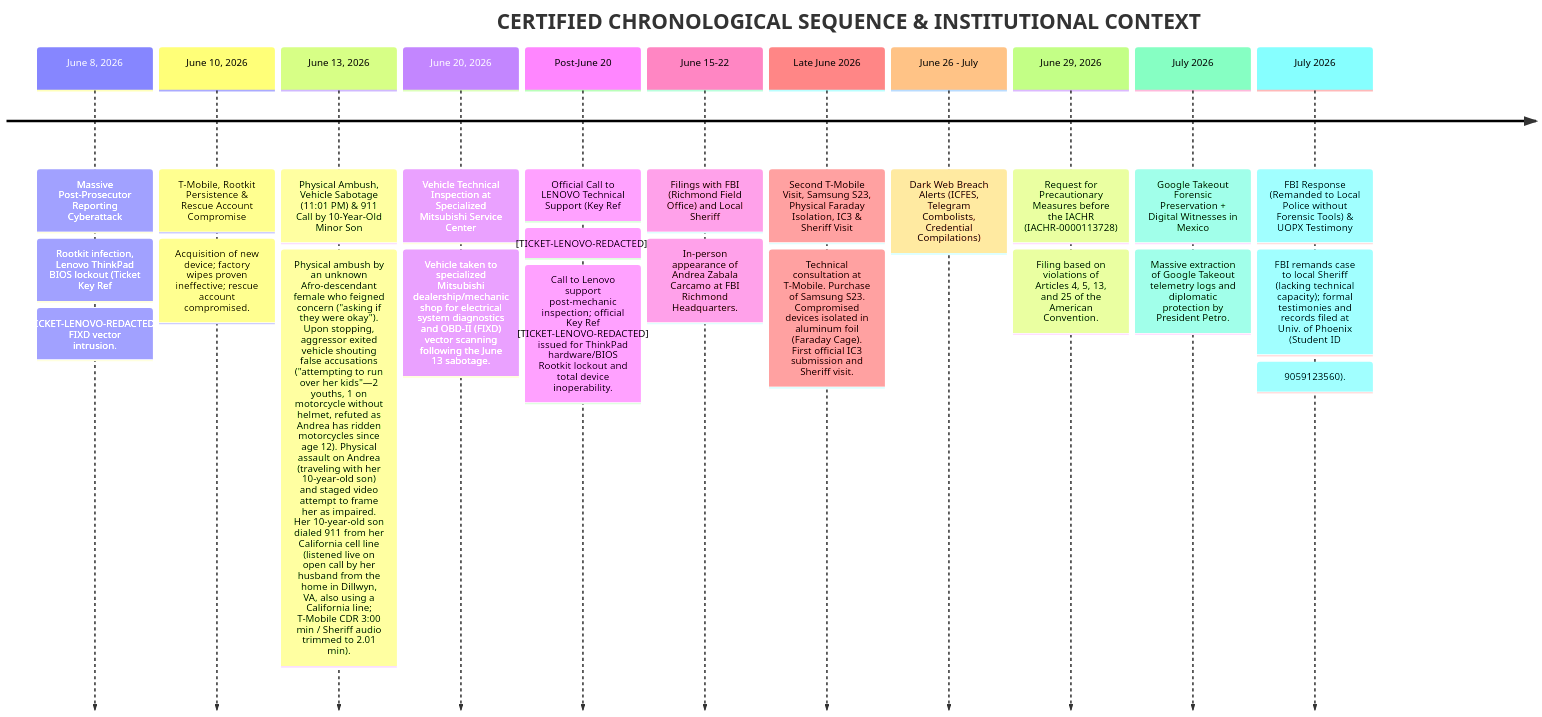
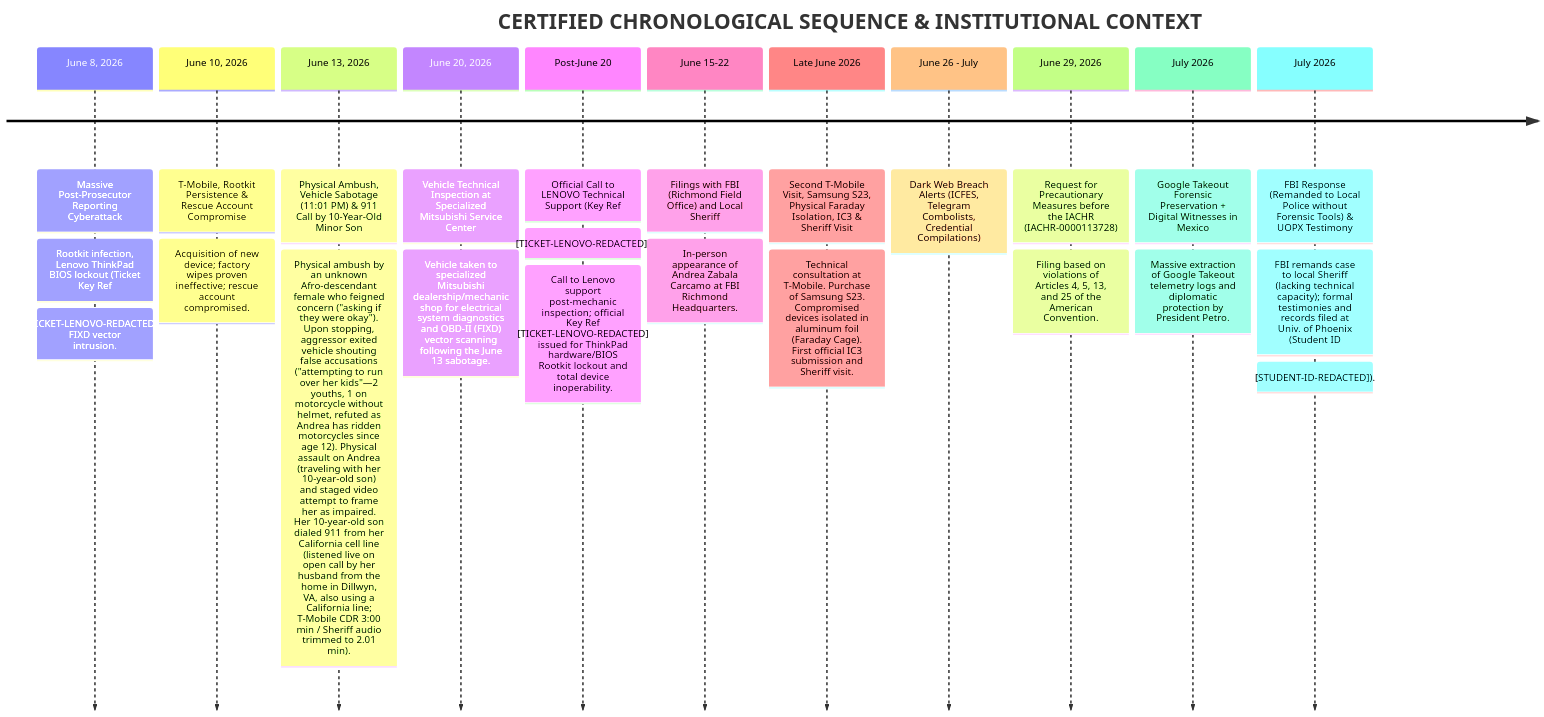
The diagram in EN_ENGLISH/Chapter_03_Forensic_Reports/TIMELINE_OF_INCIDENTS_AND_CYBERATTACKS_EN.md (anzaca0330-pixel/AndreTaker---AnZaCa-Rep), drawn with Mermaid before and after one commit. The commit also changed other lines of this file and 18 other files, not shown here.

````diff
--- a/EN_ENGLISH/Chapter_03_Forensic_Reports/TIMELINE_OF_INCIDENTS_AND_CYBERATTACKS_EN.md
+++ b/EN_ENGLISH/Chapter_03_Forensic_Reports/TIMELINE_OF_INCIDENTS_AND_CYBERATTACKS_EN.md
@@ -14,25 +14,25 @@
 ```mermaid
 timeline
     title CERTIFIED CHRONOLOGICAL SEQUENCE & INSTITUTIONAL CONTEXT
     June 8, 2026   : Massive Post-Prosecutor Reporting Cyberattack
                    : Rootkit infection, Lenovo ThinkPad BIOS lockout (Ticket Key Ref: [TICKET-LENOVO-REDACTED]), FIXD vector intrusion.
     June 10, 2026  : T-Mobile, Rootkit Persistence & Rescue Account Compromise
                    : Acquisition of new device; factory wipes proven ineffective; rescue account compromised.
     June 13, 2026  : Physical Ambush, Vehicle Sabotage (11:01 PM) & 911 Call by 10-Year-Old Minor Son
                    : Physical ambush by an unknown Afro-descendant female who feigned concern ("asking if they were okay"). Upon stopping, aggressor exited vehicle shouting false accusations ("attempting to run over her kids"—2 youths, 1 on motorcycle without helmet, refuted as Andrea has ridden motorcycles since age 12). Physical assault on Andrea (traveling with her 10-year-old son) and staged video attempt to frame her as impaired. Her 10-year-old son dialed 911 from her California cell line (listened live on open call by her husband from the home in Dillwyn, VA, also using a California line; T-Mobile CDR 3:00 min / Sheriff audio trimmed to 2.01 min).
     June 20, 2026  : Vehicle Technical Inspection at Specialized Mitsubishi Service Center
                    : Vehicle taken to specialized Mitsubishi dealership/mechanic shop for electrical system diagnostics and OBD-II (FIXD) vector scanning following the June 13 sabotage.
     Post-June 20   : Official Call to LENOVO Technical Support (Key Ref: [TICKET-LENOVO-REDACTED])
                    : Call to Lenovo support post-mechanic inspection; official Key Ref [TICKET-LENOVO-REDACTED] issued for ThinkPad hardware/BIOS Rootkit lockout and total device inoperability.
     June 15-22     : Filings with FBI (Richmond Field Office) and Local Sheriff
                    : In-person appearance of Andrea Zabala Carcamo at FBI Richmond Headquarters.
     Late June 2026 : Second T-Mobile Visit, Samsung S23, Physical Faraday Isolation, IC3 & Sheriff Visit
                    : Technical consultation at T-Mobile. Purchase of Samsung S23. Compromised devices isolated in aluminum foil (Faraday Cage). First official IC3 submission and Sheriff visit.
     June 26 - July : Dark Web Breach Alerts (ICFES, Telegram Combolists, Credential Compilations)
     June 29, 2026  : Request for Precautionary Measures before the IACHR (IACHR-0000113728)
                    : Filing based on violations of Articles 4, 5, 13, and 25 of the American Convention.
     July 2026      : Google Takeout Forensic Preservation + Digital Witnesses in Mexico
                    : Massive extraction of Google Takeout telemetry logs and diplomatic protection by President Petro.
     July 2026      : FBI Response (Remanded to Local Police without Forensic Tools) & UOPX Testimony
-                   : FBI remands case to local Sheriff (lacking technical capacity); formal testimonies and records filed at Univ. of Phoenix (Student ID: 9059123560).
+                   : FBI remands case to local Sheriff (lacking technical capacity); formal testimonies and records filed at Univ. of Phoenix (Student ID: [STUDENT-ID-REDACTED]).
 ```
````
